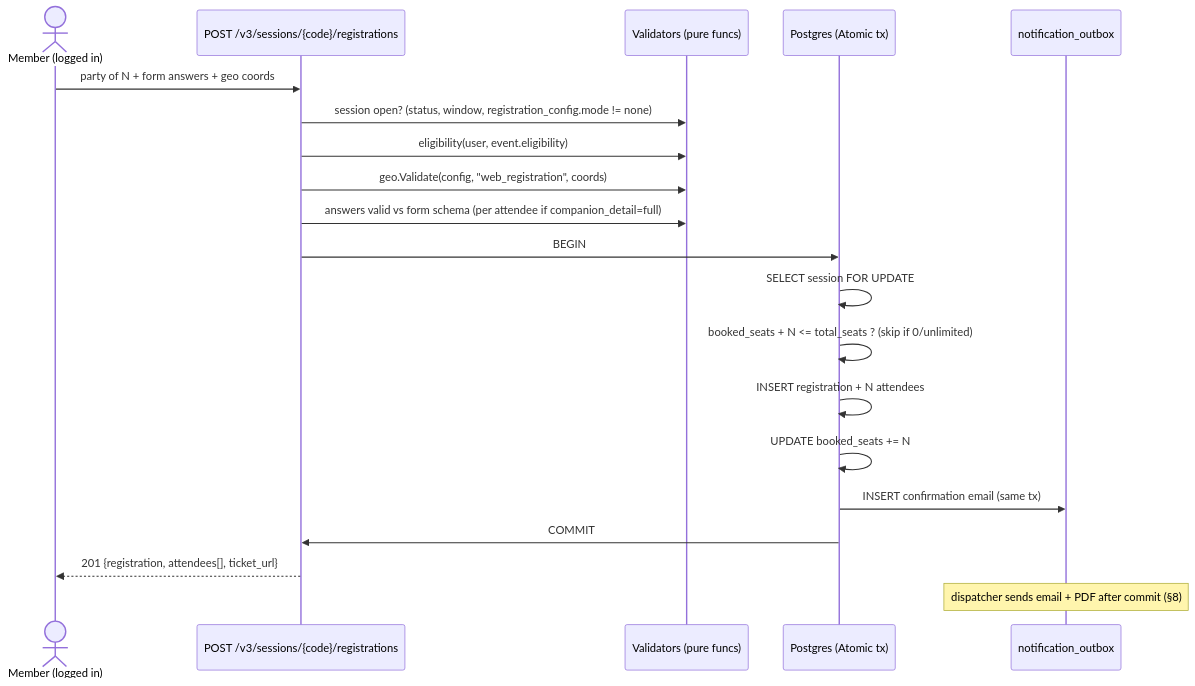
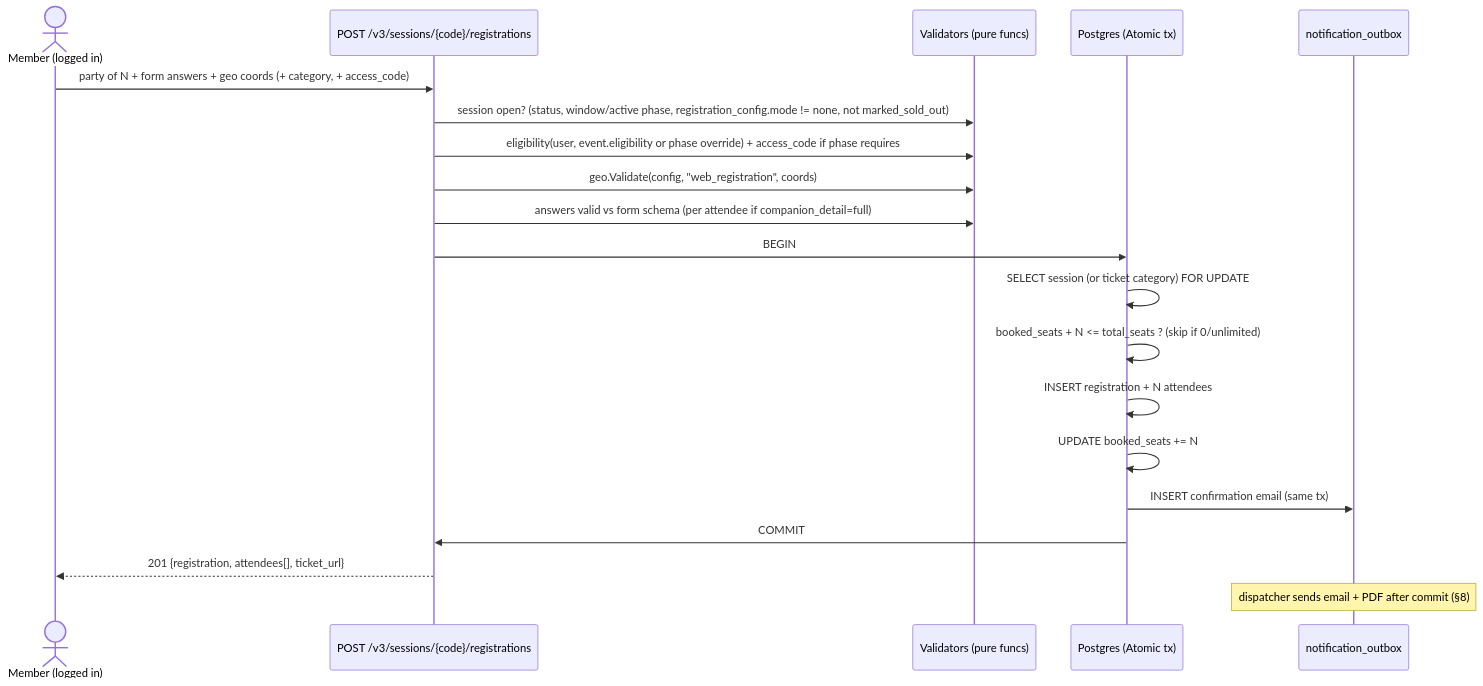
Before and after one commit to growcenter/go-community: the third of 6 diagrams in docs/plans/2026-07-07-event-management-v3-design.md, drawn with Mermaid. The commit also changed other lines of this file, not shown here.

````diff
--- a/docs/plans/2026-07-07-event-management-v3-design.md
+++ b/docs/plans/2026-07-07-event-management-v3-design.md
@@ -325,23 +403,23 @@
 ```mermaid
 sequenceDiagram
     actor U as Member (logged in)
     participant API as POST /v3/sessions/{code}/registrations
     participant V as Validators (pure funcs)
     participant DB as Postgres (Atomic tx)
     participant OB as notification_outbox
 
-    U->>API: party of N + form answers + geo coords
-    API->>V: session open? (status, window, registration_config.mode != none)
-    API->>V: eligibility(user, event.eligibility)
+    U->>API: party of N + form answers + geo coords (+ category, + access_code)
+    API->>V: session open? (status, window/active phase, registration_config.mode != none, not marked_sold_out)
+    API->>V: eligibility(user, event.eligibility or phase override) + access_code if phase requires
     API->>V: geo.Validate(config, "web_registration", coords)
     API->>V: answers valid vs form schema (per attendee if companion_detail=full)
     API->>DB: BEGIN
-    DB->>DB: SELECT session FOR UPDATE
+    DB->>DB: SELECT session (or ticket category) FOR UPDATE
     DB->>DB: booked_seats + N <= total_seats ? (skip if 0/unlimited)
     DB->>DB: INSERT registration + N attendees
     DB->>DB: UPDATE booked_seats += N
     DB->>OB: INSERT confirmation email (same tx)
     DB->>API: COMMIT
     API-->>U: 201 {registration, attendees[], ticket_url}
     Note over OB: dispatcher sends email + PDF after commit (§8)
 ```
````
